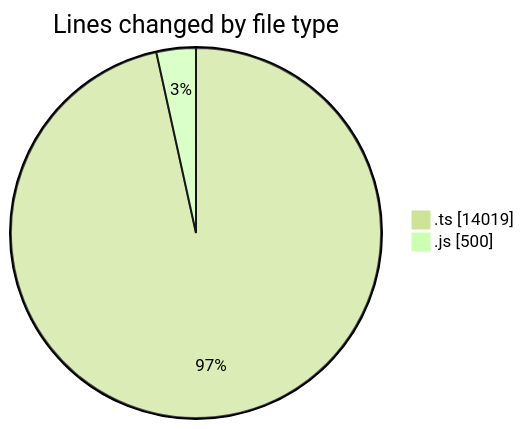
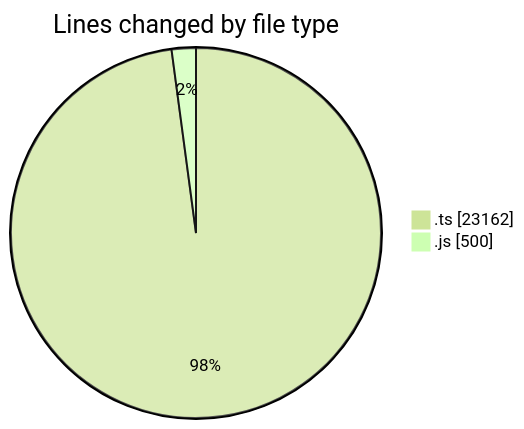
Before and after one commit to momahboobian/code-tracking: the first of 2 diagrams in 2025-06-26/cda/README.md, drawn with Mermaid (forest theme). The commit also changed other lines of this file and 1 other file, not shown here.

````diff
--- a/2025-06-26/cda/README.md
+++ b/2025-06-26/cda/README.md
@@ -26,6 +27,6 @@
 ```mermaid
 pie showData
 title Lines changed by file type
-".ts" : 14019
+".ts" : 23162
 ".js" : 500
 ```
````
